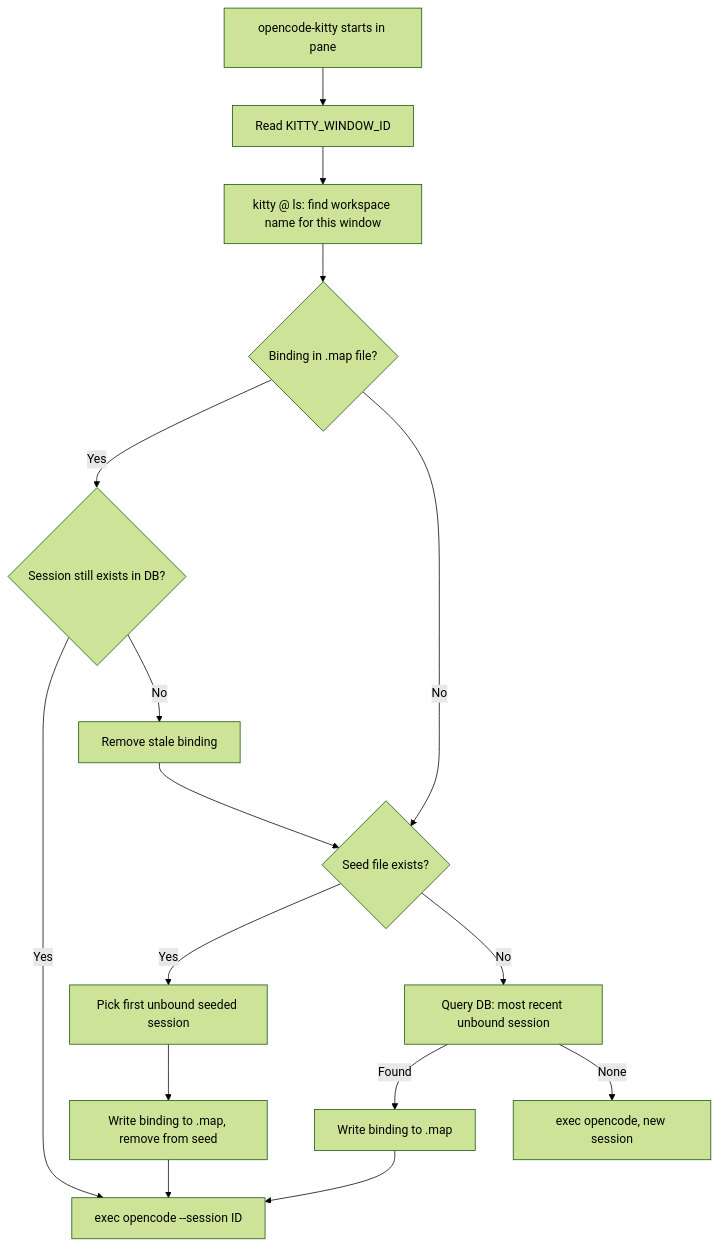
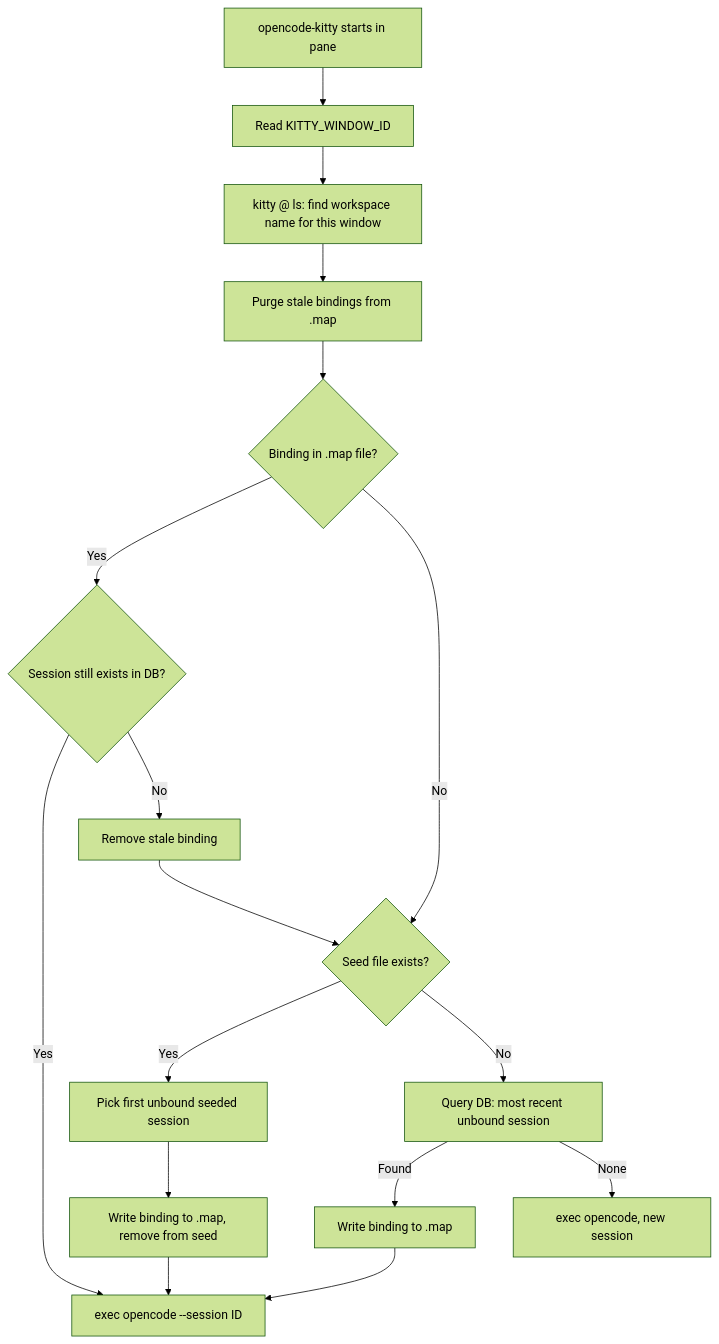
The third of 3 diagrams in docs/specs/kitty-pycharm.md (Saltiola7/dotfiles), drawn with Mermaid (forest theme) before and after one commit. The commit also changed other lines of this file and 3 other files, not shown here.

First line of the commit message:
feat: kitty workspace robustness — error handling, debug logging, validate mode, stale purge

````diff
--- a/docs/specs/kitty-pycharm.md
+++ b/docs/specs/kitty-pycharm.md
@@ -147,18 +151,19 @@
 ```mermaid
 flowchart TD
     A[opencode-kitty starts in pane] --> B[Read KITTY_WINDOW_ID]
     B --> C[kitty @ ls: find workspace name for this window]
-    C --> D{Binding in .map file?}
+    C --> P[Purge stale bindings from .map]
+    P --> D{Binding in .map file?}
     D -->|Yes| E{Session still exists in DB?}
     E -->|Yes| F[exec opencode --session ID]
     E -->|No| G[Remove stale binding]
     D -->|No| H{Seed file exists?}
     H -->|Yes| I[Pick first unbound seeded session]
     I --> J[Write binding to .map, remove from seed]
     J --> F
     H -->|No| K[Query DB: most recent unbound session]
     K -->|Found| L[Write binding to .map]
     L --> F
     K -->|None| M[exec opencode, new session]
     G --> H
 ```
````
